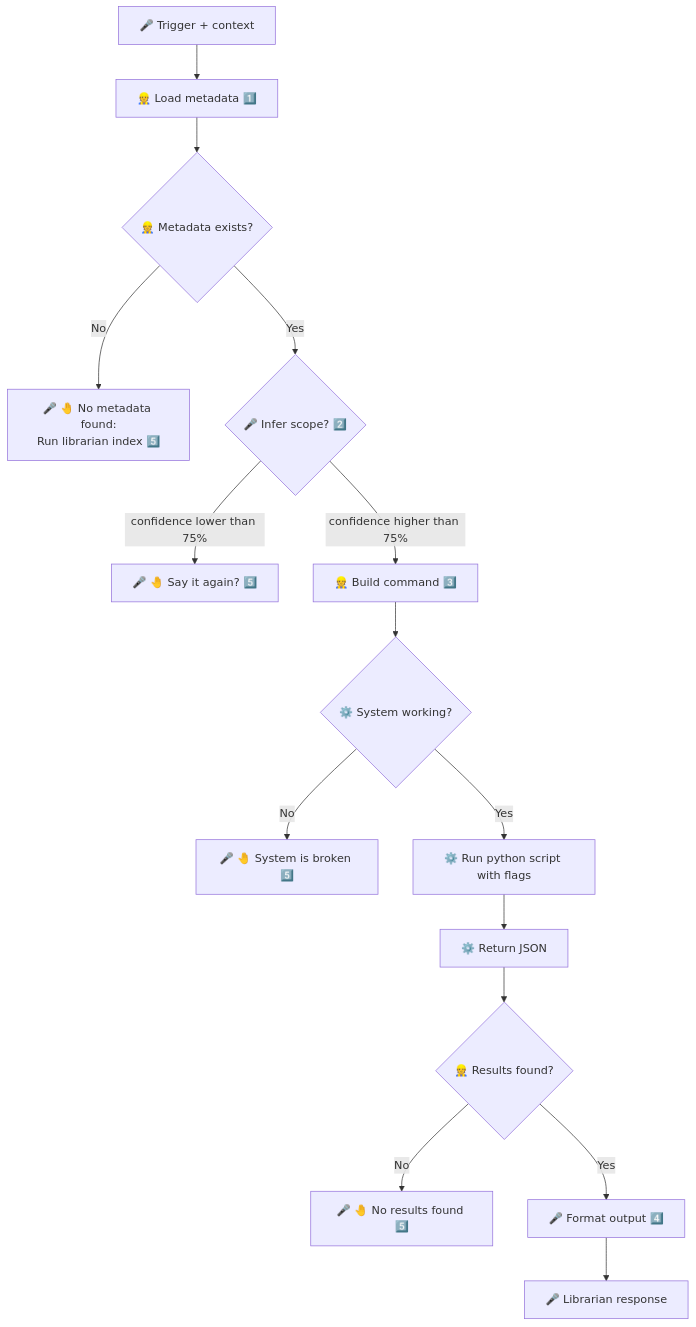
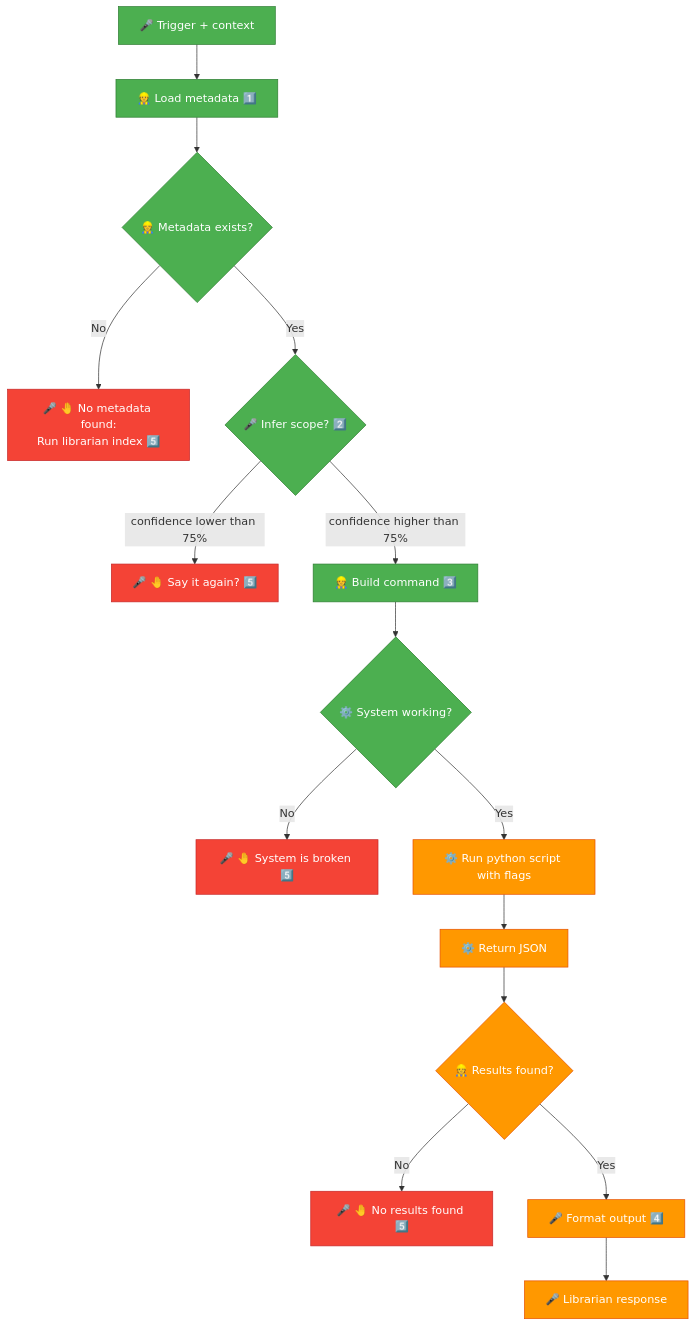
The first of 3 diagrams in backstage/epic-notes/v0.15.0-skill-protocol.md (nonlinear/librarian), drawn with Mermaid before and after one commit. The commit also changed other lines of this file, not shown here.

Commit message:
Add classDef to first mermaid diagram (auto-generated)

````diff
--- a/backstage/epic-notes/v0.15.0-skill-protocol.md
+++ b/backstage/epic-notes/v0.15.0-skill-protocol.md
@@ -4,25 +4,29 @@
 ```mermaid
 flowchart TB
     TRIGGER["🎤 Trigger + context"]:::approved
     TRIGGER --> METADATA["👷 Load metadata 1️⃣"]:::approved
     METADATA --> CHECK{"👷 Metadata exists?"}:::approved
     
     CHECK -->|No| ERROR["🎤 🤚 No metadata found:<br>Run librarian index 5️⃣"]:::blocker
     CHECK -->|Yes| INFER{"🎤 Infer scope? 2️⃣"}:::approved
     
     INFER -->|confidence lower than 75%| CLARIFY["🎤 🤚 Say it again? 5️⃣"]:::blocker
     INFER -->|confidence higher than 75%| BUILD["👷 Build command 3️⃣"]:::approved
     
     BUILD --> CHECK_SYSTEM{"⚙️ System working?"}:::approved
     
     CHECK_SYSTEM -->|No| BROKEN["🎤 🤚 System is broken 5️⃣"]:::blocker
     CHECK_SYSTEM -->|Yes| EXEC["⚙️ Run python script with flags"]:::developed
     
     EXEC --> JSON["⚙️ Return JSON"]:::developed
     JSON --> CHECK_RESULTS{"👷 Results found?"}:::developed
     
     CHECK_RESULTS -->|No| EMPTY["🎤 🤚 No results found 5️⃣"]:::blocker
     CHECK_RESULTS -->|Yes| FORMAT["🎤 Format output 4️⃣"]:::developed
     
     FORMAT --> RESPONSE["🎤 Librarian response"]:::developed
+
+    classDef approved fill:#4caf50,stroke:#2e7d32,color:#fff
+    classDef blocker fill:#f44336,stroke:#c62828,color:#fff
+    classDef developed fill:#ff9800,stroke:#e65100,color:#fff
 ```
````
